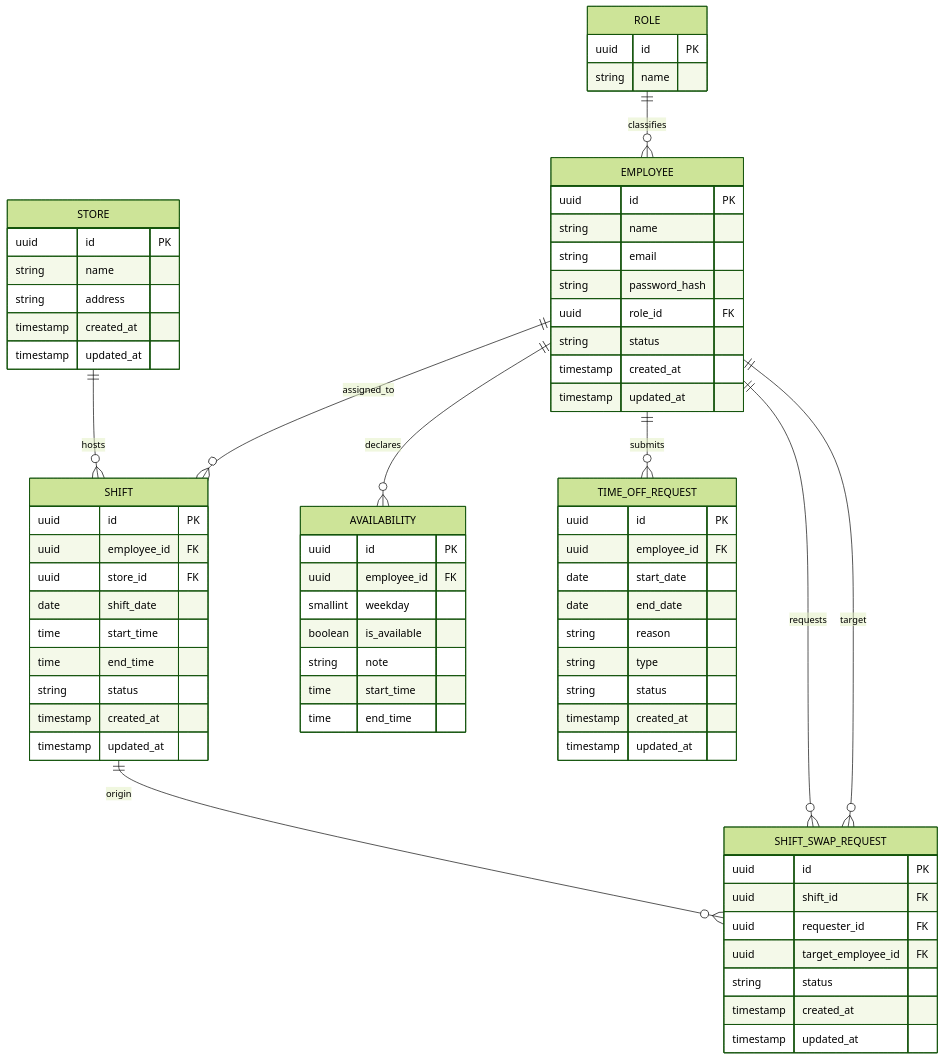
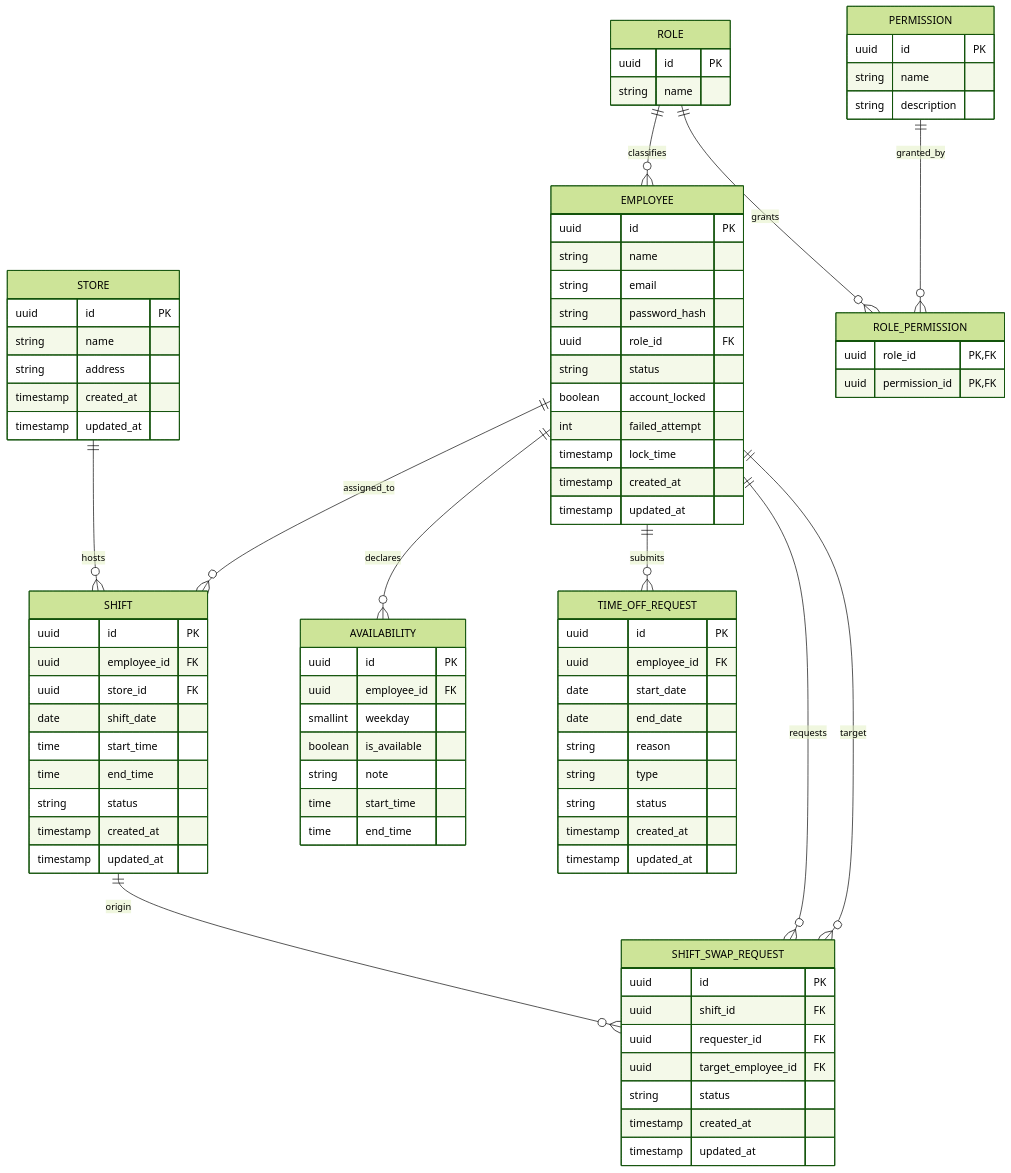
One commit to fabianoic/roster changed the third of 4 diagrams in README.md. Above: the diagram before and after it, drawn with Mermaid (forest theme). The commit also changed other lines of this file, not shown here.

```diff
--- a/README.md
+++ b/README.md
@@ -71,6 +72,8 @@
 erDiagram
     STORE ||--o{ SHIFT : hosts
     ROLE ||--o{ EMPLOYEE : classifies
+    ROLE ||--o{ ROLE_PERMISSION : grants
+    PERMISSION ||--o{ ROLE_PERMISSION : granted_by
     EMPLOYEE ||--o{ SHIFT : assigned_to
     EMPLOYEE ||--o{ AVAILABILITY : declares
     EMPLOYEE ||--o{ TIME_OFF_REQUEST : submits
@@ -81,6 +84,15 @@
     ROLE {
         uuid id PK
         string name
+    }
+    PERMISSION {
+        uuid id PK
+        string name
+        string description
+    }
+    ROLE_PERMISSION {
+        uuid role_id PK, FK
+        uuid permission_id PK, FK
     }
     STORE {
         uuid id PK
@@ -96,6 +108,9 @@
         string password_hash
         uuid role_id FK
         string status
+        boolean account_locked
+        int failed_attempt
+        timestamp lock_time
         timestamp created_at
         timestamp updated_at
     }
```
